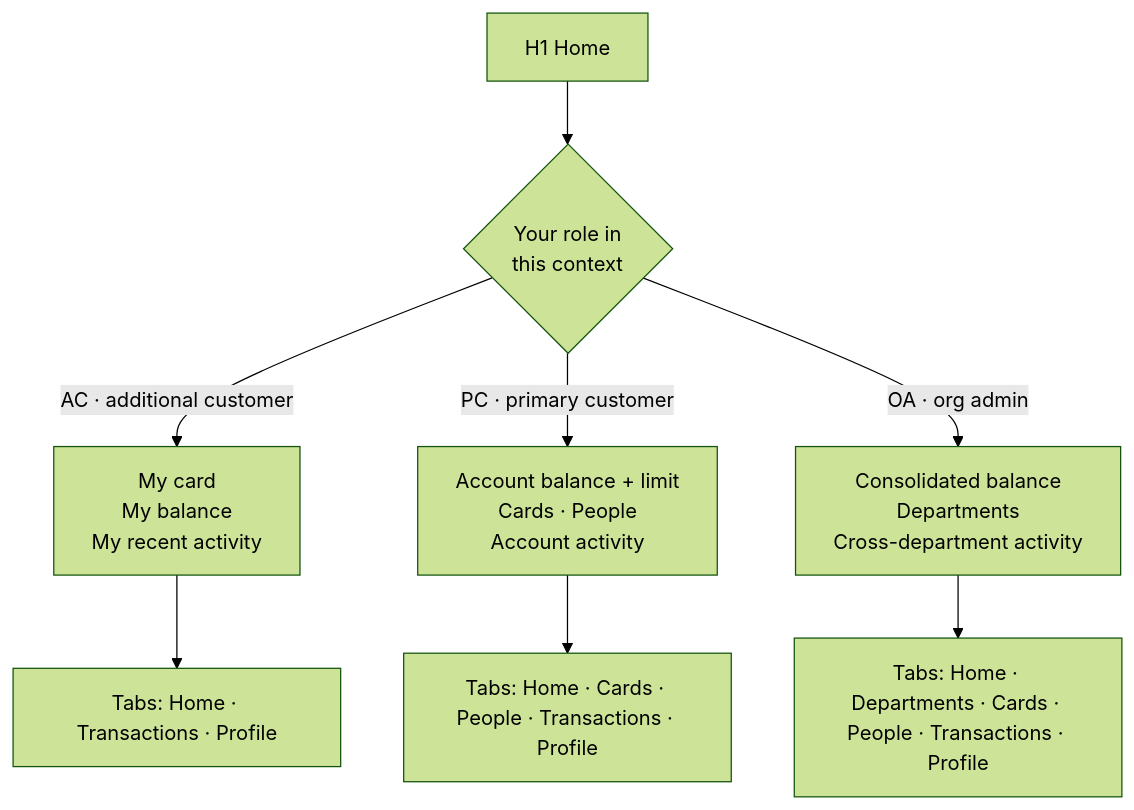
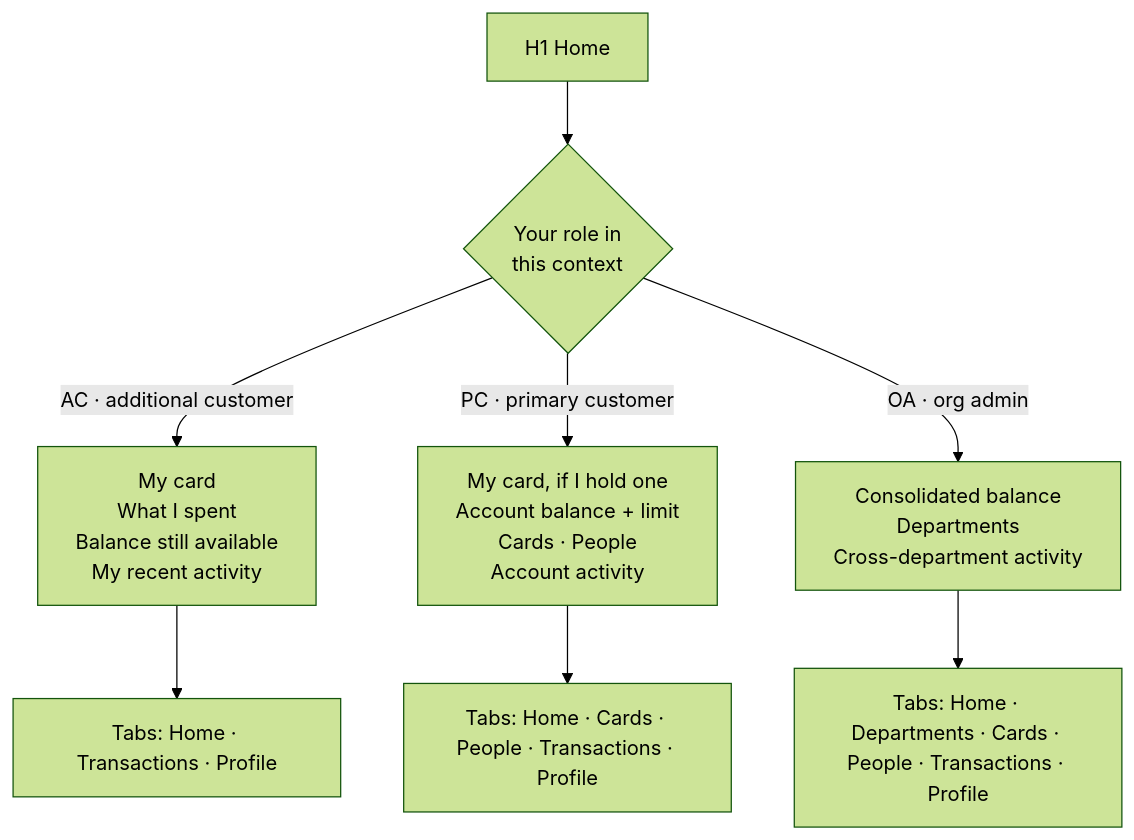
One commit to yr08ii/card-management-app changed the second of 10 diagrams in docs/Screens-and-flows.md. Above: the diagram before and after it, drawn with Mermaid (forest theme). The commit also changed other lines of this file and 1 other file, not shown here.

````diff
--- a/docs/Screens-and-flows.md
+++ b/docs/Screens-and-flows.md
@@ -166,11 +179,11 @@
 ```mermaid
 flowchart TD
     H1["H1 Home"] --> V{"Your role in<br/>this context"}
-    V -->|"AC · additional customer"| Ha["My card<br/>My balance<br/>My recent activity"]
-    V -->|"PC · primary customer"| Hb["Account balance + limit<br/>Cards · People<br/>Account activity"]
+    V -->|"AC · additional customer"| Ha["My card<br/>What I spent<br/>Balance still available<br/>My recent activity"]
+    V -->|"PC · primary customer"| Hb["My card, if I hold one<br/>Account balance + limit<br/>Cards · People<br/>Account activity"]
     V -->|"OA · org admin"| Hc["Consolidated balance<br/>Departments<br/>Cross-department activity"]
 
     Ha --> Ta["Tabs: Home · Transactions · Profile"]
     Hb --> Tb["Tabs: Home · Cards · People · Transactions · Profile"]
     Hc --> Tc["Tabs: Home · Departments · Cards · People · Transactions · Profile"]
 ```
````
